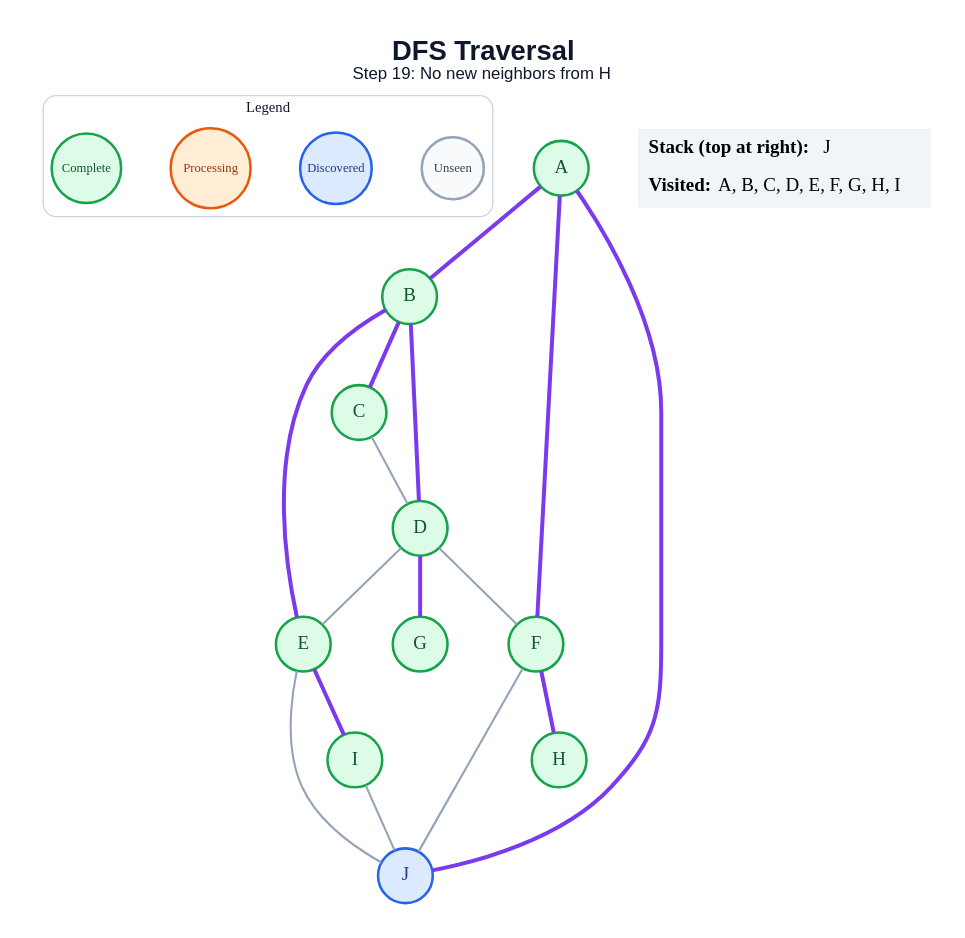
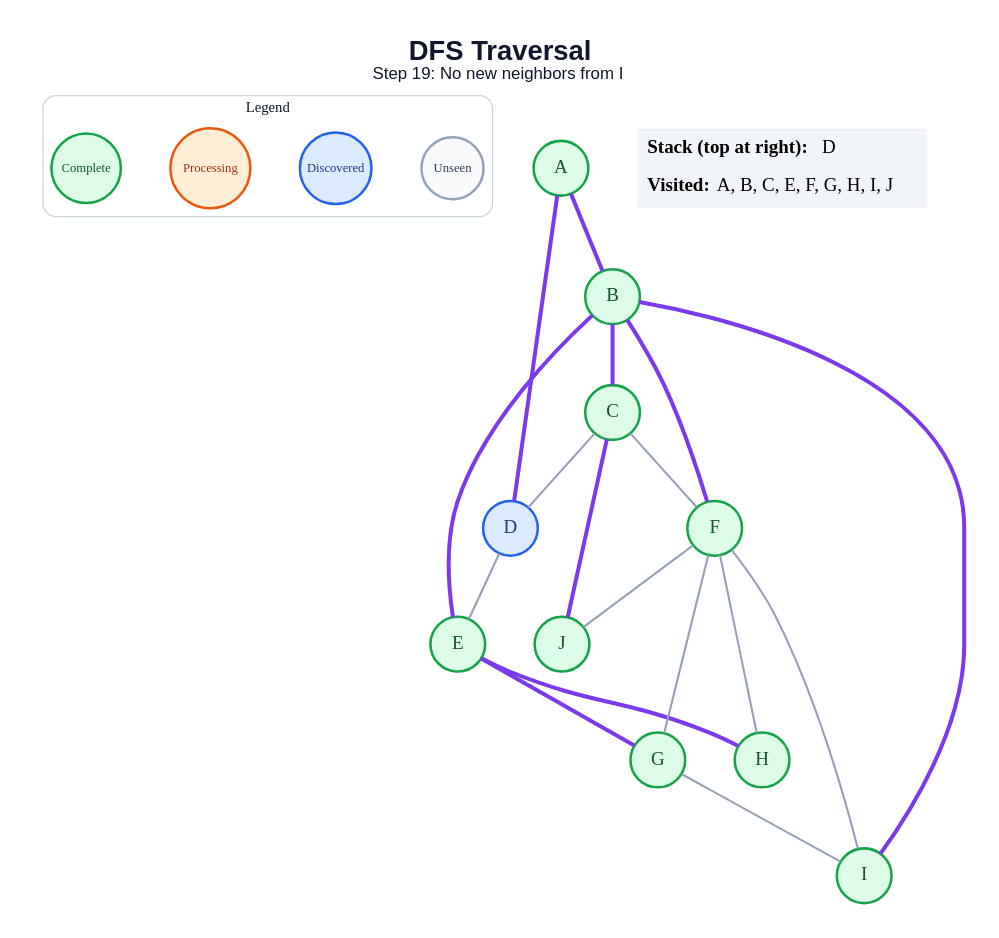
One commit to anon7238593-create/ai-slop changed the diagram in generated/dfs/step_19.dot. Above: the diagram before and after it, drawn with Graphviz. The commit also changed 178 other files, not shown here.

```diff
--- a/generated/dfs/step_19.dot
+++ b/generated/dfs/step_19.dot
@@ -1,44 +1,46 @@
 graph traversal {
   graph [layout=dot, rankdir=TB, bgcolor="#FFFFFF", pad="0.35", nodesep="0.65", ranksep="0.8", fontname="Arial"];
   node [shape=circle, style="filled", fontname="Arial Bold", fontsize=18, width=0.72, fixedsize=true, penwidth=2.4];
   edge [color="#94A3B8", penwidth=2.0];
-  label=<<B>DFS Traversal</B><BR/><FONT POINT-SIZE="16">Step 19: No new neighbors from H</FONT>>; labelloc="t"; fontsize=26; fontname="Arial"; fontcolor="#0F172A";
+  label=<<B>DFS Traversal</B><BR/><FONT POINT-SIZE="16">Step 19: No new neighbors from I</FONT>>; labelloc="t"; fontsize=26; fontname="Arial"; fontcolor="#0F172A";
   subgraph cluster_legend { label="Legend"; color="#CBD5E1"; penwidth=1.2; style="rounded"; fontsize=14; fontname="Arial Bold";
     key_unseen [label="Unseen", fillcolor="#F8FAFC", color="#94A3B8", fontcolor="#334155", fontsize=12, width=0.82];
     key_frontier [label="Discovered", fillcolor="#DBEAFE", color="#2563EB", fontcolor="#1E3A8A", fontsize=12, width=0.95];
     key_current [label="Processing", fillcolor="#FFEDD5", color="#EA580C", fontcolor="#9A3412", fontsize=12, width=1.05];
     key_done [label="Complete", fillcolor="#DCFCE7", color="#16A34A", fontcolor="#14532D", fontsize=12, width=0.92];
     { rank=same; key_unseen; key_frontier; key_current; key_done; }
   }
   A [fillcolor="#DCFCE7", color="#16A34A", fontcolor="#14532D"];
   B [fillcolor="#DCFCE7", color="#16A34A", fontcolor="#14532D"];
   C [fillcolor="#DCFCE7", color="#16A34A", fontcolor="#14532D"];
-  D [fillcolor="#DCFCE7", color="#16A34A", fontcolor="#14532D"];
+  D [fillcolor="#DBEAFE", color="#2563EB", fontcolor="#1E3A8A"];
   E [fillcolor="#DCFCE7", color="#16A34A", fontcolor="#14532D"];
   F [fillcolor="#DCFCE7", color="#16A34A", fontcolor="#14532D"];
   G [fillcolor="#DCFCE7", color="#16A34A", fontcolor="#14532D"];
   H [fillcolor="#DCFCE7", color="#16A34A", fontcolor="#14532D"];
   I [fillcolor="#DCFCE7", color="#16A34A", fontcolor="#14532D"];
-  J [fillcolor="#DBEAFE", color="#2563EB", fontcolor="#1E3A8A"];
+  J [fillcolor="#DCFCE7", color="#16A34A", fontcolor="#14532D"];
   A -- B [color="#7C3AED", penwidth=3.8];
-  A -- F [color="#7C3AED", penwidth=3.8];
-  A -- J [color="#7C3AED", penwidth=3.8];
+  A -- D [color="#7C3AED", penwidth=3.8];
   B -- C [color="#7C3AED", penwidth=3.8];
-  B -- D [color="#7C3AED", penwidth=3.8];
   B -- E [color="#7C3AED", penwidth=3.8];
+  B -- F [color="#7C3AED", penwidth=3.8];
+  B -- I [color="#7C3AED", penwidth=3.8];
   C -- D;
+  C -- F;
+  C -- J [color="#7C3AED", penwidth=3.8];
   D -- E;
-  D -- F;
-  D -- G [color="#7C3AED", penwidth=3.8];
-  E -- I [color="#7C3AED", penwidth=3.8];
-  E -- J;
-  F -- H [color="#7C3AED", penwidth=3.8];
+  E -- G [color="#7C3AED", penwidth=3.8];
+  E -- H [color="#7C3AED", penwidth=3.8];
+  F -- G;
+  F -- H;
+  F -- I;
   F -- J;
-  I -- J;
+  G -- I;
   status [shape=plain, fixedsize=false, width=0, height=0, margin=0, label=<
     <TABLE BORDER="0" CELLBORDER="0" CELLPADDING="7" BGCOLOR="#F1F5F9">
-      <TR><TD ALIGN="LEFT"><B>Stack (top at right):</B> J</TD></TR>
-      <TR><TD ALIGN="LEFT"><B>Visited:</B> A, B, C, D, E, F, G, H, I</TD></TR>
+      <TR><TD ALIGN="LEFT"><B>Stack (top at right):</B> D</TD></TR>
+      <TR><TD ALIGN="LEFT"><B>Visited:</B> A, B, C, E, F, G, H, I, J</TD></TR>
     </TABLE>
   >];
 }
```
